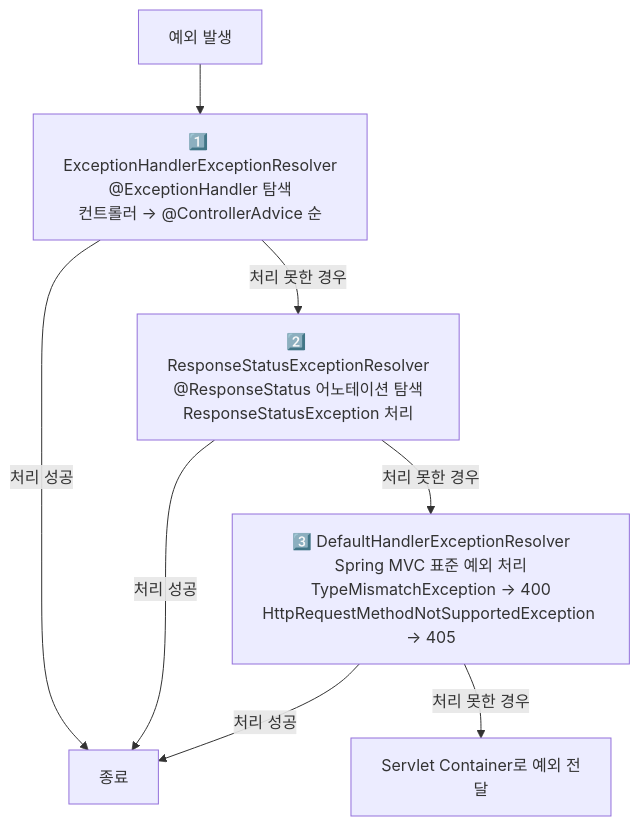
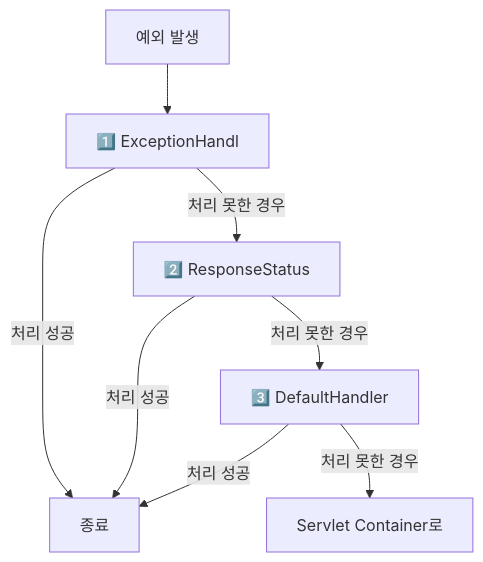
Before and after one commit to yjkim2015/yjkim2015.github.io: the sixth of 6 diagrams in _posts/spring/2026-05-01-spring-mvc.md, drawn with Mermaid. The commit also changed other lines of this file and 271 other files, not shown here.

First line of the commit message:
Mermaid 라벨 축소: 긴 노드 텍스트 18자 이하로 트림 + \n 제거

````diff
--- a/_posts/spring/2026-05-01-spring-mvc.md
+++ b/_posts/spring/2026-05-01-spring-mvc.md
@@ -332,10 +332,10 @@
 ```mermaid
 graph TD
-    A["예외 발생"] --> B["1️⃣ ExceptionHandlerExceptionResolver<br>@ExceptionHandler 탐색<br>컨트롤러 → @ControllerAdvice 순"]
+    A["예외 발생"] --> B["1️⃣ ExceptionHandl"]
     B -->|"처리 성공"| Z["종료"]
-    B -->|"처리 못한 경우"| C["2️⃣ ResponseStatusExceptionResolver<br>@ResponseStatus 어노테이션 탐색<br>ResponseStatusException 처리"]
+    B -->|"처리 못한 경우"| C["2️⃣ ResponseStatus"]
     C -->|"처리 성공"| Z
-    C -->|"처리 못한 경우"| D["3️⃣ DefaultHandlerExceptionResolver<br>Spring MVC 표준 예외 처리<br>TypeMismatchException → 400<br>HttpRequestMethodNotSupportedException → 405"]
+    C -->|"처리 못한 경우"| D["3️⃣ DefaultHandler"]
     D -->|"처리 성공"| Z
-    D -->|"처리 못한 경우"| E["Servlet Container로 예외 전달"]
+    D -->|"처리 못한 경우"| E["Servlet Container로"]
 ```
````
